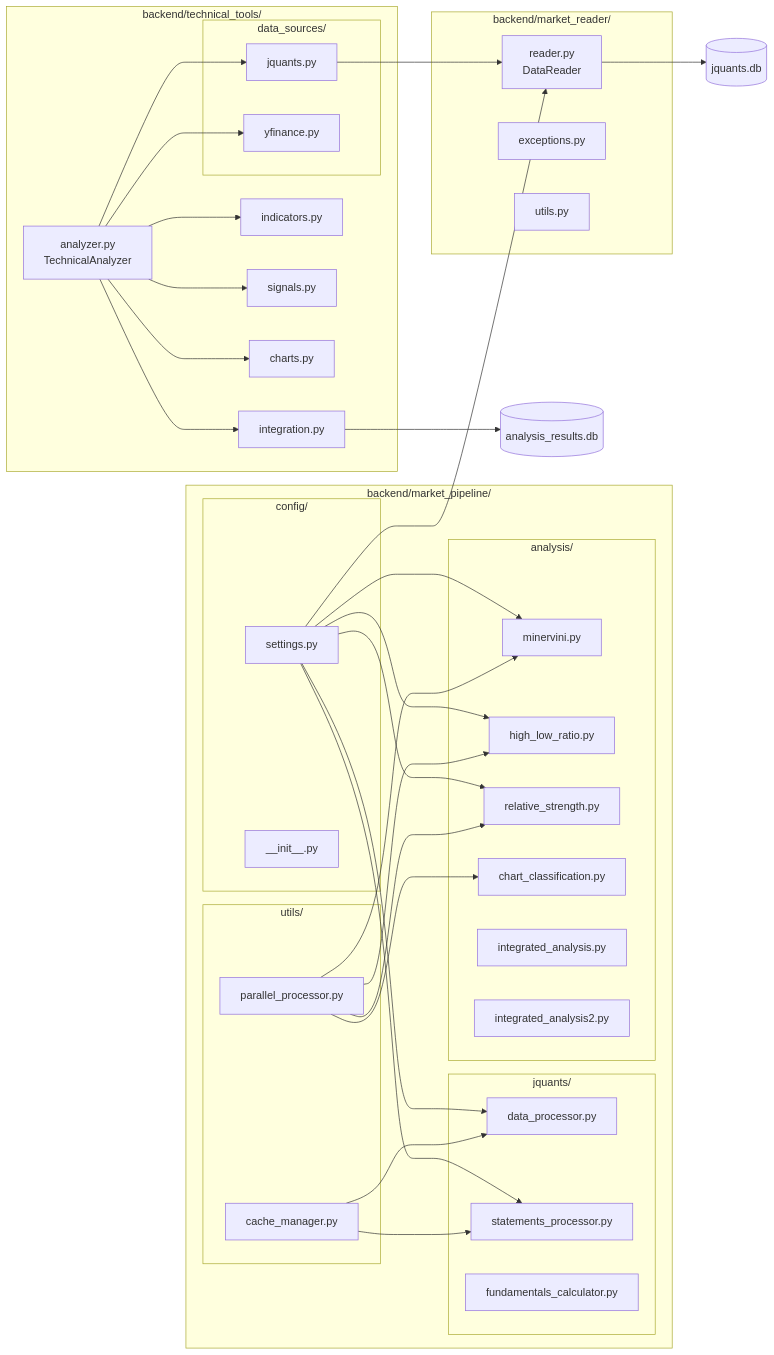
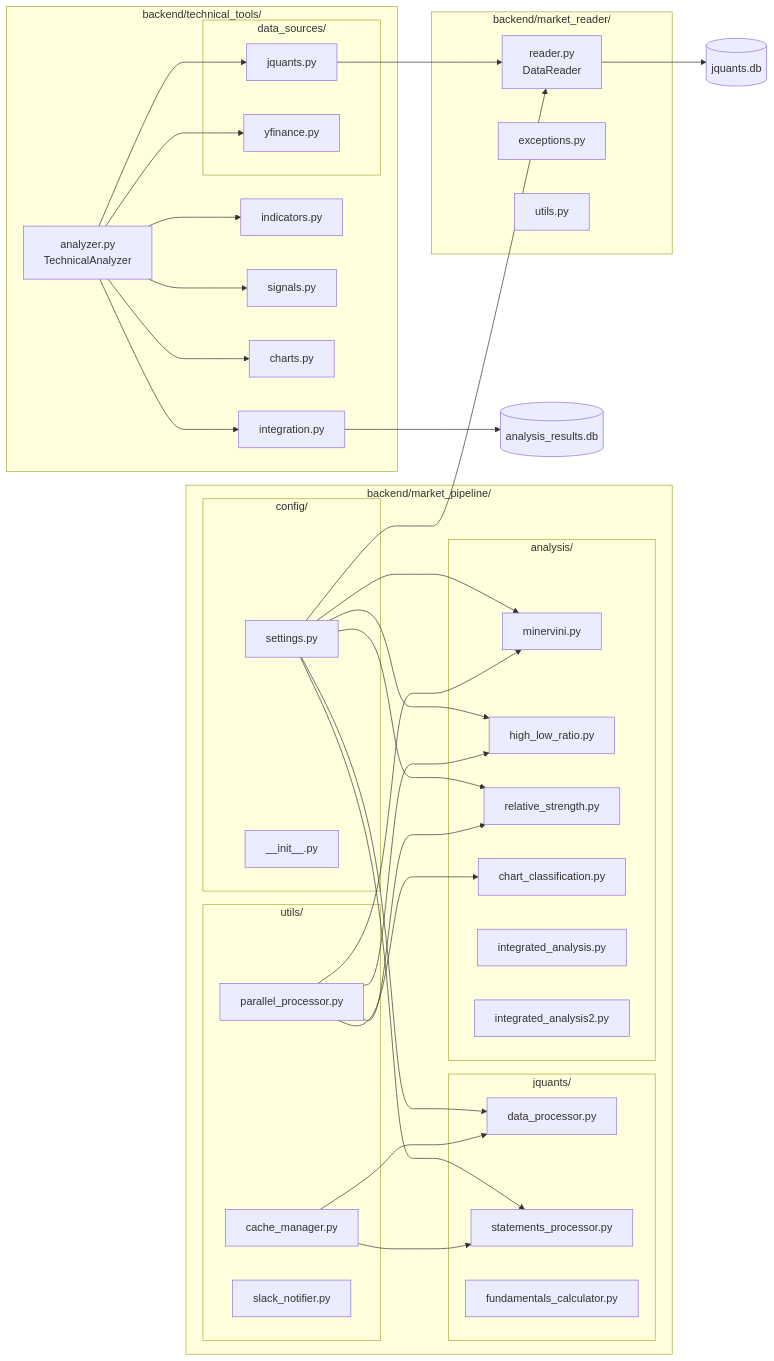
One commit to tak-akashi/stock-analysis changed the second of 8 diagrams in docs/core/diagrams.md. Above: the diagram before and after it, drawn with Mermaid. The commit also changed other lines of this file and 14 other files, not shown here.

````diff
--- a/docs/core/diagrams.md
+++ b/docs/core/diagrams.md
@@ -57,73 +57,74 @@
 ```mermaid
 graph LR
     subgraph Backend["backend/market_pipeline/"]
         subgraph Config["config/"]
             SET[settings.py]
             INIT[__init__.py]
         end
 
         subgraph JQuants["jquants/"]
             DP[data_processor.py]
             SP[statements_processor.py]
             FC[fundamentals_calculator.py]
         end
 
         subgraph AnalysisMod["analysis/"]
             MN[minervini.py]
             HL[high_low_ratio.py]
             RS[relative_strength.py]
             CC[chart_classification.py]
             IA[integrated_analysis.py]
             IA2[integrated_analysis2.py]
         end
 
         subgraph Utils["utils/"]
             PP[parallel_processor.py]
             CM[cache_manager.py]
+            SN[slack_notifier.py]
         end
     end
 
     subgraph MarketReader["backend/market_reader/"]
         DR[reader.py<br/>DataReader]
         EX[exceptions.py]
         UT[utils.py]
     end
 
     subgraph TechTools["backend/technical_tools/"]
         TA[analyzer.py<br/>TechnicalAnalyzer]
         IND[indicators.py]
         SIG[signals.py]
         CHT[charts.py]
         INT[integration.py]
         subgraph DataSources["data_sources/"]
             JQS[jquants.py]
             YFS[yfinance.py]
         end
     end
 
     SET --> DP
     SET --> SP
     SET --> MN
     SET --> HL
     SET --> RS
     SET --> DR
 
     PP --> MN
     PP --> HL
     PP --> RS
     PP --> CC
 
     CM --> DP
     CM --> SP
 
     DR --> JDB[(jquants.db)]
 
     JQS --> DR
     TA --> IND
     TA --> SIG
     TA --> CHT
     TA --> INT
     TA --> JQS
     TA --> YFS
     INT --> ADB[(analysis_results.db)]
 ```
````
